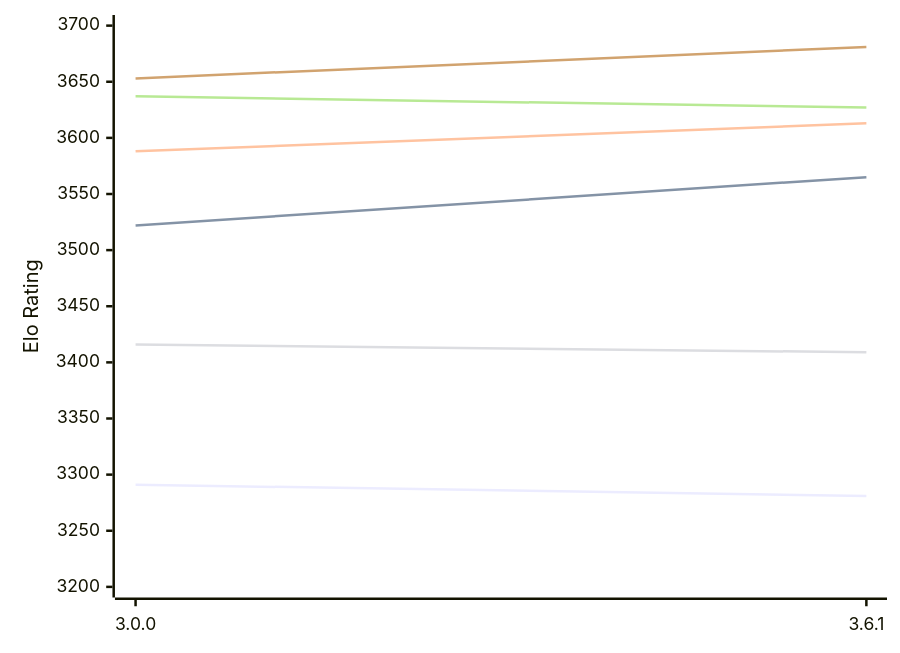
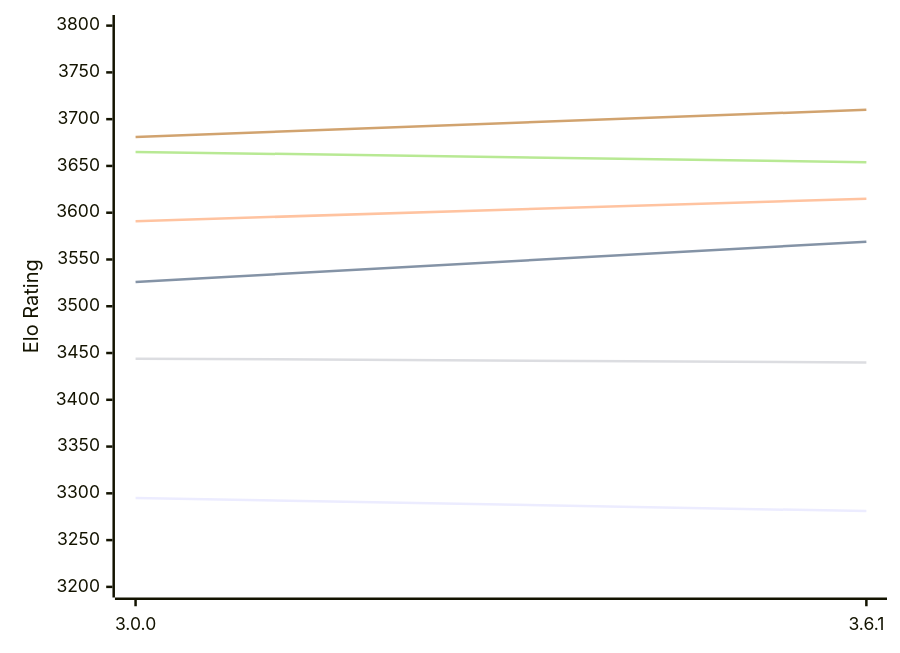
Before and after one commit to computer-chess-index/cci: the diagram in engines/Peras.md, drawn with Mermaid. The commit also changed other lines of this file, not shown here.

Commit message:
Update CCI Ratings (ELO VLTC) - 2026-10-21

````diff
--- a/engines/Peras.md
+++ b/engines/Peras.md
@@ -49,12 +49,12 @@
 ```mermaid
 %%{init: {"theme":"base","themeVariables":{"seriesColors:['#a3a3a3','#222221','#faa371']}}}%%
 xychart-beta
   x-axis ["3.0.0", "3.6.1"]
-  y-axis "Elo Rating" 3200 --> 3700
-  line "E1: STC (8.0+0.08s)" [3291, 3281]
-  line "E1: LTC (60.0+0.60s)" [3522, 3565]
-  line "E1: VLTC (2m24s+1.12s)" [3588, 3613]
-  line "P1: STC (8.0+0.08s)" [3416, 3409]
-  line "P1: LTC (60.0+0.60s)" [3637, 3627]
-  line "P1: VLTC (2m24s+1.12s)" [3653, 3681]
+  y-axis "Elo Rating" 3200 --> 3800
+  line "E1: STC (8.0+0.08s)" [3295, 3281]
+  line "E1: LTC (60.0+0.60s)" [3526, 3569]
+  line "E1: VLTC (2m24s+1.12s)" [3591, 3615]
+  line "P1: STC (8.0+0.08s)" [3444, 3440]
+  line "P1: LTC (60.0+0.60s)" [3665, 3654]
+  line "P1: VLTC (2m24s+1.12s)" [3681, 3710]
 ```
````
